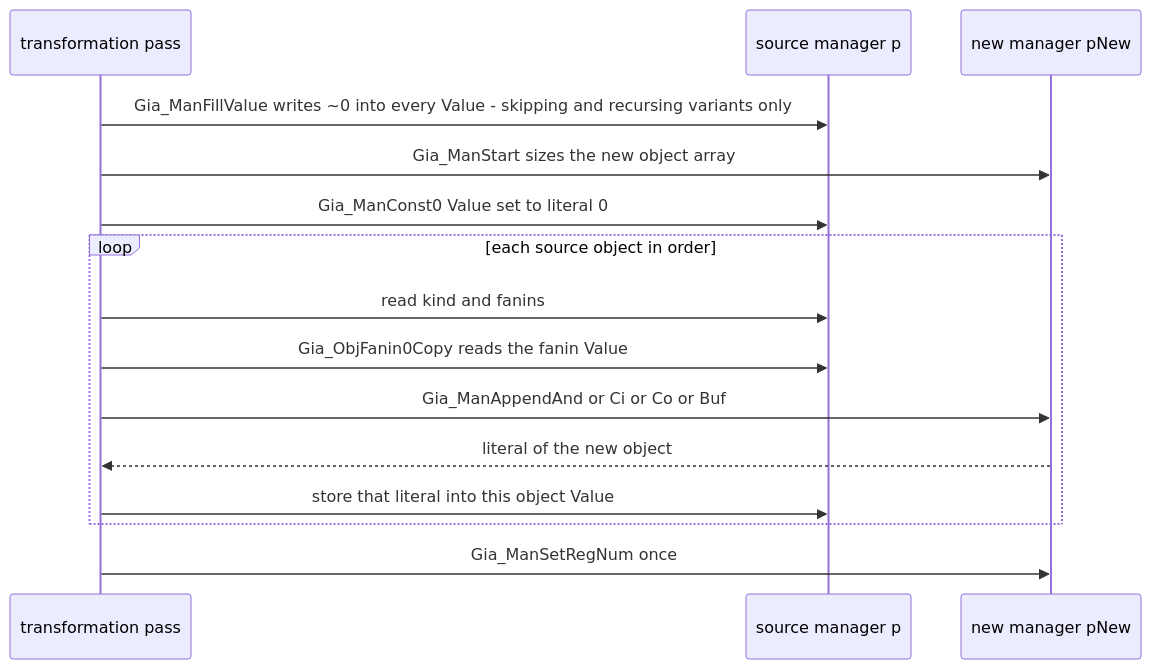
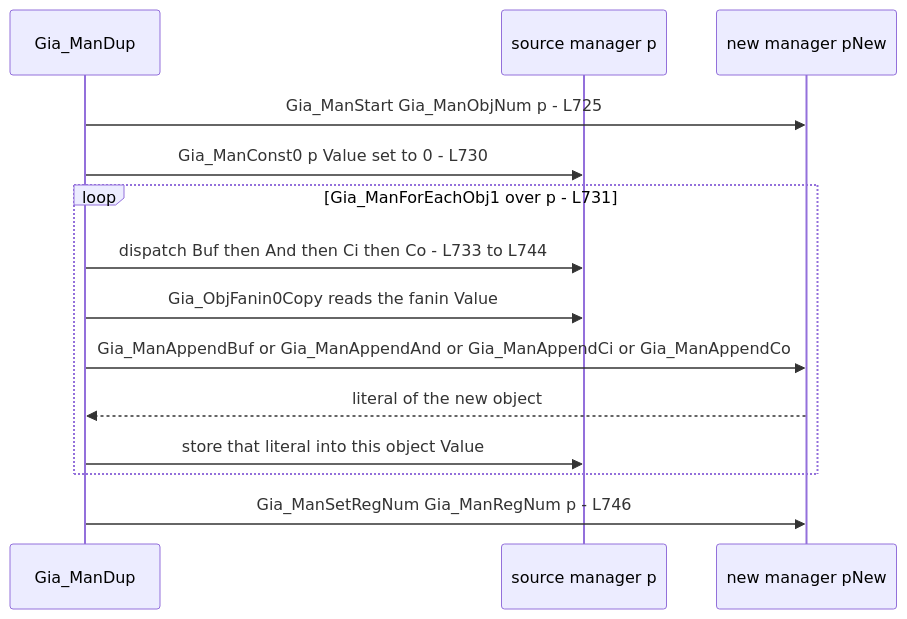
One commit to blitzy-research/abc changed the eighth of 10 diagrams in src/aig/gia/README.md. Above: the diagram before and after it, drawn with Mermaid. The commit also changed other lines of this file and 1 other file, not shown here.

First line of the commit message:
docs(gia): tighten the accuracy and completeness of the GIA package docs

````diff
--- a/src/aig/gia/README.md
+++ b/src/aig/gia/README.md
@@ -810,17 +1007,16 @@
 ```mermaid
 sequenceDiagram
-    participant Pass as transformation pass
+    participant Pass as Gia_ManDup
     participant Old as source manager p
     participant New as new manager pNew
-    Pass->>Old: Gia_ManFillValue writes ~0 into every Value - skipping and recursing variants only
-    Pass->>New: Gia_ManStart sizes the new object array
-    Pass->>Old: Gia_ManConst0 Value set to literal 0
-    loop each source object in order
-        Pass->>Old: read kind and fanins
+    Pass->>New: Gia_ManStart Gia_ManObjNum p - L725
+    Pass->>Old: Gia_ManConst0 p Value set to 0 - L730
+    loop Gia_ManForEachObj1 over p - L731
+        Pass->>Old: dispatch Buf then And then Ci then Co - L733 to L744
         Pass->>Old: Gia_ObjFanin0Copy reads the fanin Value
-        Pass->>New: Gia_ManAppendAnd or Ci or Co or Buf
+        Pass->>New: Gia_ManAppendBuf or Gia_ManAppendAnd or Gia_ManAppendCi or Gia_ManAppendCo
         New-->>Pass: literal of the new object
         Pass->>Old: store that literal into this object Value
     end
-    Pass->>New: Gia_ManSetRegNum once
+    Pass->>New: Gia_ManSetRegNum Gia_ManRegNum p - L746
 ```
````
